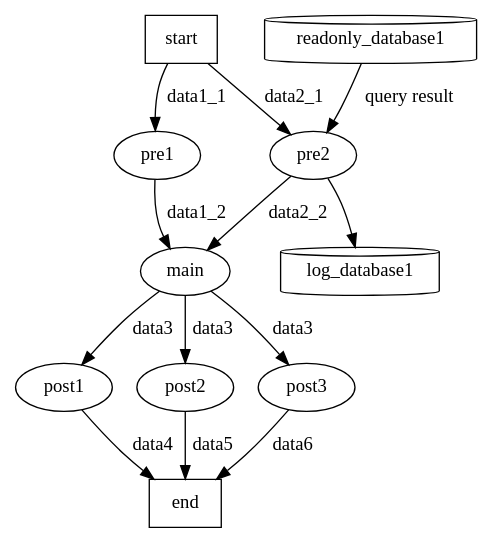
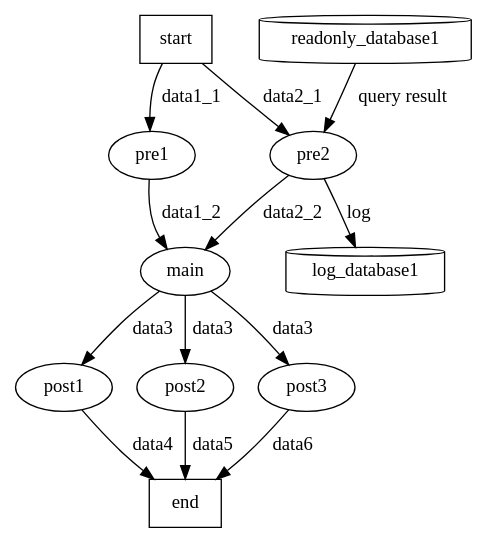
One commit to km45/sandbox changed the diagram in graphviz-trial/sample.dot. Above: the diagram before and after it, drawn with Graphviz. The commit also changed 1 other file, not shown here.

Commit message:
Add label for the flow betweem pre2 and log_database1

```diff
--- a/graphviz-trial/sample.dot
+++ b/graphviz-trial/sample.dot
@@ -1,23 +1,23 @@
 digraph data_flow_diagram {
     start [shape=box]
     end [shape=box]
 
     start -> pre1 [label = "data1_1"]
     start -> pre2 [label = "data2_1"]
 
     pre1 -> main [label = "data1_2"]
     pre2 -> main [label = "data2_2"]
 
     readonly_database1 [shape=cylinder]
     log_database1 [shape=cylinder]
 
     readonly_database1 -> pre2 [label = "query result"]
-    pre2 -> log_database1
+    pre2 -> log_database1 [label = "log"]
 
     main -> post1 [label = "data3"]
     main -> post2 [label = "data3"]
     main -> post3 [label = "data3"]
     post1 -> end [label = "data4"]
     post2 -> end [label = "data5"]
     post3 -> end [label = "data6"]
 }
```
